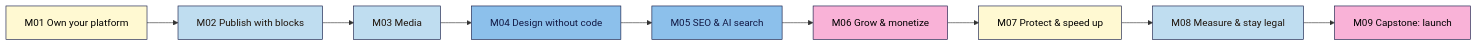
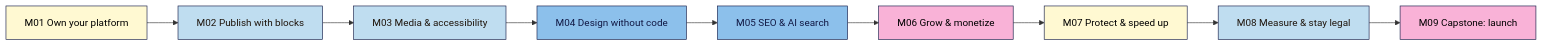
One commit to neps-in/courses-101 changed the diagram in wordpress-101/course-outline.md. Above: the diagram before and after it, drawn with Mermaid. The commit also changed other lines of this file and 8 other files, not shown here.

````diff
--- a/wordpress-101/course-outline.md
+++ b/wordpress-101/course-outline.md
@@ -35,16 +48,16 @@
 ```mermaid
 flowchart LR
   M1[M01 Own your platform]:::cream --> M2[M02 Publish with blocks]:::sky
-  M2 --> M3[M03 Media]:::sky
+  M2 --> M3[M03 Media & accessibility]:::sky
   M3 --> M4[M04 Design without code]:::blue
   M4 --> M5[M05 SEO & AI search]:::blue
   M5 --> M6[M06 Grow & monetize]:::pink
   M6 --> M7[M07 Protect & speed up]:::cream
   M7 --> M8[M08 Measure & stay legal]:::sky
   M8 --> C[M09 Capstone: launch]:::pink
 
   classDef cream fill:#FFF9D2,color:#000000,stroke:#111844
   classDef sky   fill:#BFDDF0,color:#1F150C,stroke:#111844
   classDef blue  fill:#8CC0EB,color:#111844,stroke:#111844
   classDef pink  fill:#F9B2D7,color:#000000,stroke:#111844
 ```
````
